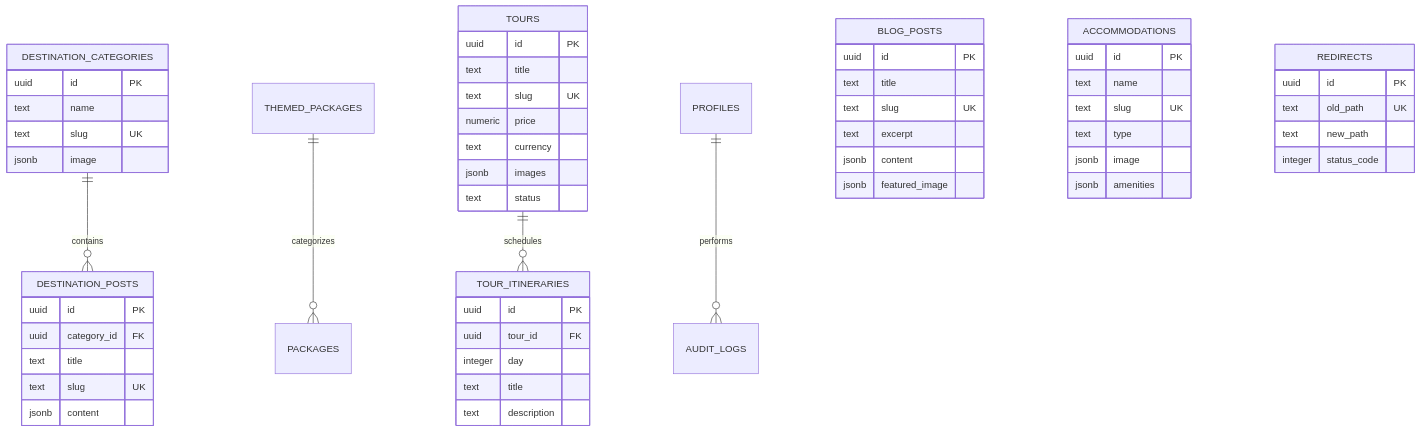
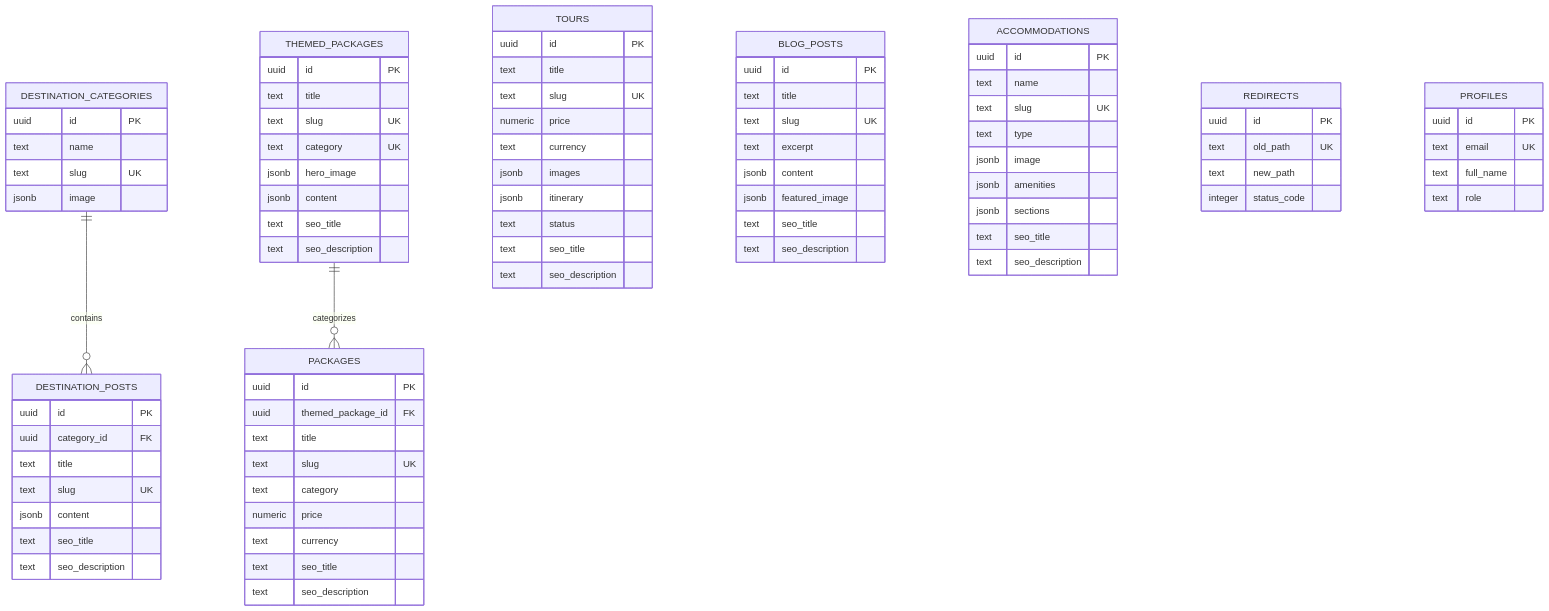
One commit to lindbergsafaris/Lindbergsafaris changed the diagram in docs/cms-mapping.md. Above: the diagram before and after it, drawn with Mermaid. The commit also changed other lines of this file and 6 other files, not shown here.

Commit message:
feat(cms): add supabase schema migrations and rls tests

````diff
--- a/docs/cms-mapping.md
+++ b/docs/cms-mapping.md
@@ -386,8 +391,6 @@
 erDiagram
     DESTINATION_CATEGORIES ||--o{ DESTINATION_POSTS : contains
     THEMED_PACKAGES ||--o{ PACKAGES : categorizes
-    TOURS ||--o{ TOUR_ITINERARIES : schedules
-    PROFILES ||--o{ AUDIT_LOGS : performs
 
     TOURS {
         uuid id PK
@@ -396,14 +399,10 @@
         numeric price
         text currency
         jsonb images
+        jsonb itinerary
         text status
-    }
-    TOUR_ITINERARIES {
-        uuid id PK
-        uuid tour_id FK
-        integer day
-        text title
-        text description
+        text seo_title
+        text seo_description
     }
     BLOG_POSTS {
         uuid id PK
@@ -412,6 +411,8 @@
         text excerpt
         jsonb content
         jsonb featured_image
+        text seo_title
+        text seo_description
     }
     ACCOMMODATIONS {
         uuid id PK
@@ -420,6 +421,9 @@
         text type
         jsonb image
         jsonb amenities
+        jsonb sections
+        text seo_title
+        text seo_description
     }
     DESTINATION_CATEGORIES {
         uuid id PK
@@ -433,6 +437,29 @@
         text title
         text slug UK
         jsonb content
+        text seo_title
+        text seo_description
+    }
+    THEMED_PACKAGES {
+        uuid id PK
+        text title
+        text slug UK
+        text category UK
+        jsonb hero_image
+        jsonb content
+        text seo_title
+        text seo_description
+    }
+    PACKAGES {
+        uuid id PK
+        uuid themed_package_id FK
+        text title
+        text slug UK
+        text category
+        numeric price
+        text currency
+        text seo_title
+        text seo_description
     }
     REDIRECTS {
         uuid id PK
@@ -440,4 +467,10 @@
         text new_path
         integer status_code
     }
+    PROFILES {
+        uuid id PK
+        text email UK
+        text full_name
+        text role
+    }
 ```
````
